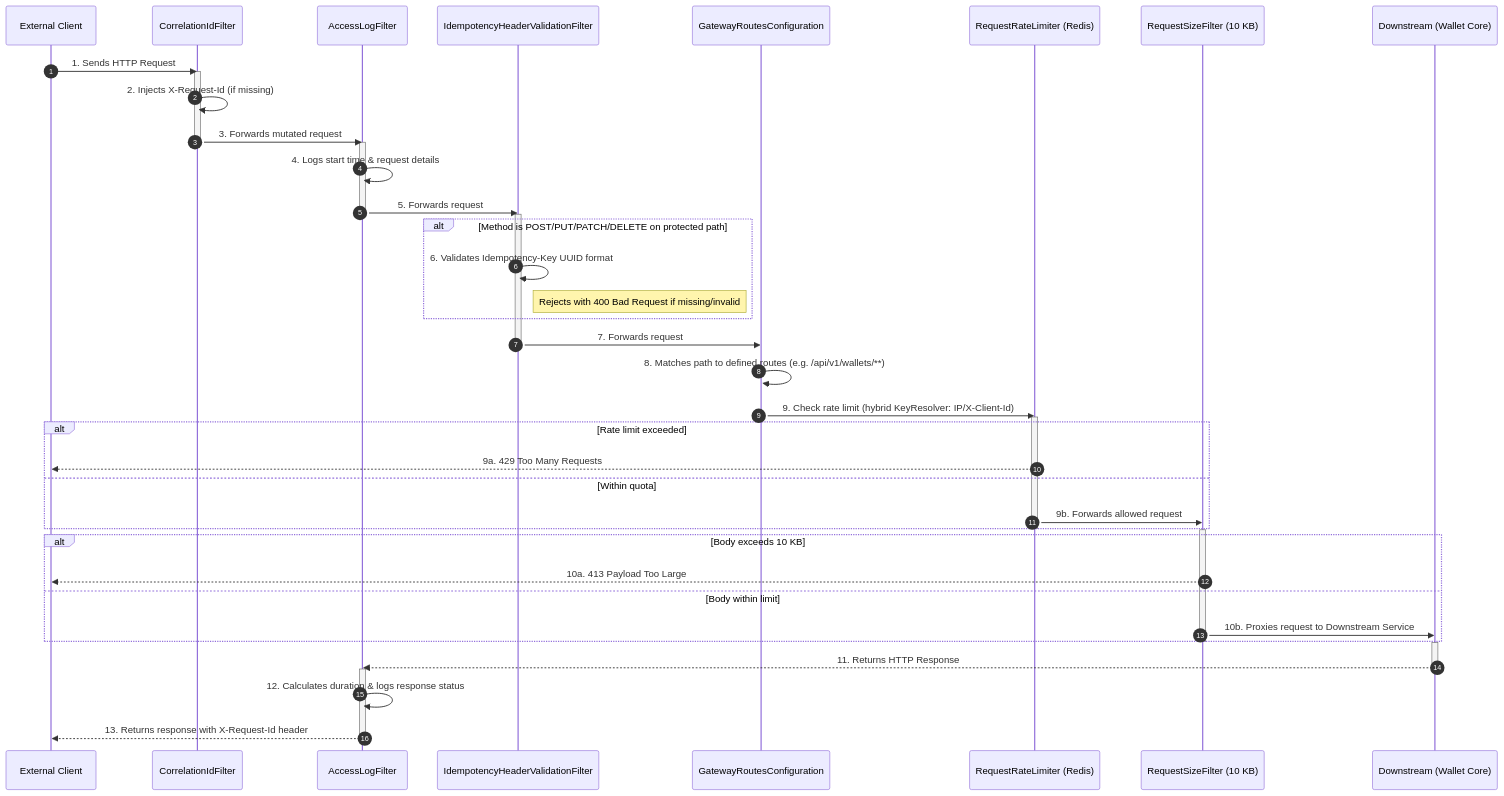
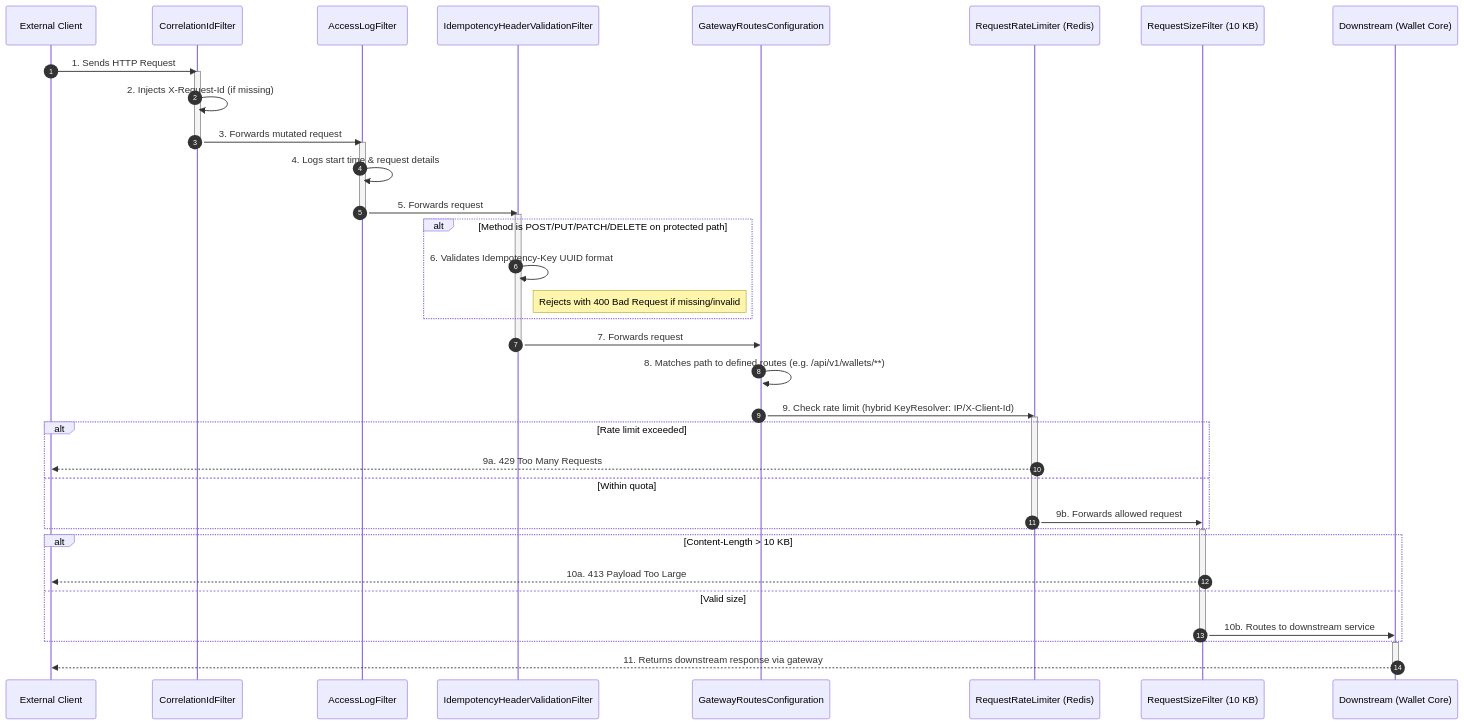
The diagram in flash-wallet/api-gateway-summary.md (only1isthereyatharth/Flash-Wallet), drawn with Mermaid before and after one commit. The commit also changed other lines of this file and 3 other files, not shown here.

````diff
--- a/flash-wallet/api-gateway-summary.md
+++ b/flash-wallet/api-gateway-summary.md
@@ -11,59 +11,54 @@
 ```mermaid
 sequenceDiagram
     autonumber
     participant Client as External Client
     participant CorrelationFilter as CorrelationIdFilter
     participant AccessLogFilter as AccessLogFilter
     participant IdempotencyFilter as IdempotencyHeaderValidationFilter
     participant RoutesConfig as GatewayRoutesConfiguration
     participant RateLimiter as RequestRateLimiter (Redis)
     participant SizeFilter as RequestSizeFilter (10 KB)
     participant WalletCore as Downstream (Wallet Core)
     
     Client->>CorrelationFilter: 1. Sends HTTP Request
     activate CorrelationFilter
     CorrelationFilter->>CorrelationFilter: 2. Injects X-Request-Id (if missing)
     CorrelationFilter->>AccessLogFilter: 3. Forwards mutated request
     deactivate CorrelationFilter
     
     activate AccessLogFilter
     AccessLogFilter->>AccessLogFilter: 4. Logs start time & request details
     AccessLogFilter->>IdempotencyFilter: 5. Forwards request
     deactivate AccessLogFilter
     
     activate IdempotencyFilter
     alt Method is POST/PUT/PATCH/DELETE on protected path
         IdempotencyFilter->>IdempotencyFilter: 6. Validates Idempotency-Key UUID format
         note right of IdempotencyFilter: Rejects with 400 Bad Request if missing/invalid
     end
     IdempotencyFilter->>RoutesConfig: 7. Forwards request
     deactivate IdempotencyFilter
     
     activate RoutesConfig
     RoutesConfig->>RoutesConfig: 8. Matches path to defined routes (e.g. /api/v1/wallets/**)
     RoutesConfig->>RateLimiter: 9. Check rate limit (hybrid KeyResolver: IP/X-Client-Id)
     activate RateLimiter
     alt Rate limit exceeded
         RateLimiter-->>Client: 9a. 429 Too Many Requests
     else Within quota
         RateLimiter->>SizeFilter: 9b. Forwards allowed request
     end
     deactivate RateLimiter
     
     activate SizeFilter
-    alt Body exceeds 10 KB
+    alt Content-Length > 10 KB
         SizeFilter-->>Client: 10a. 413 Payload Too Large
-    else Body within limit
-        SizeFilter->>WalletCore: 10b. Proxies request to Downstream Service
+    else Valid size
+        SizeFilter->>WalletCore: 10b. Routes to downstream service
     end
     deactivate SizeFilter
     
     activate WalletCore
-    WalletCore-->>AccessLogFilter: 11. Returns HTTP Response
+    WalletCore-->>Client: 11. Returns downstream response via gateway
     deactivate WalletCore
-    
-    activate AccessLogFilter
-    AccessLogFilter->>AccessLogFilter: 12. Calculates duration & logs response status
-    AccessLogFilter-->>Client: 13. Returns response with X-Request-Id header
-    deactivate AccessLogFilter
 ```
````
